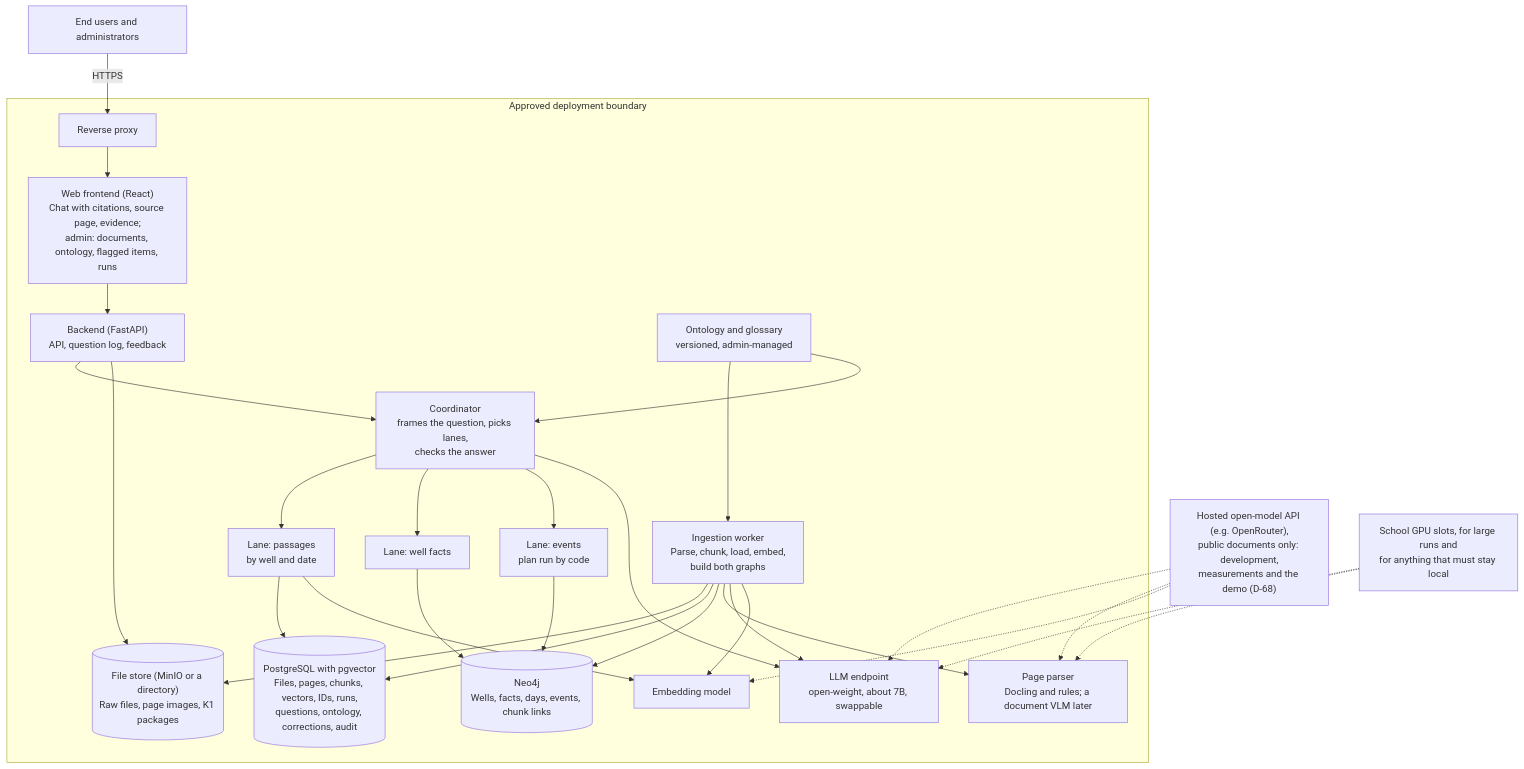
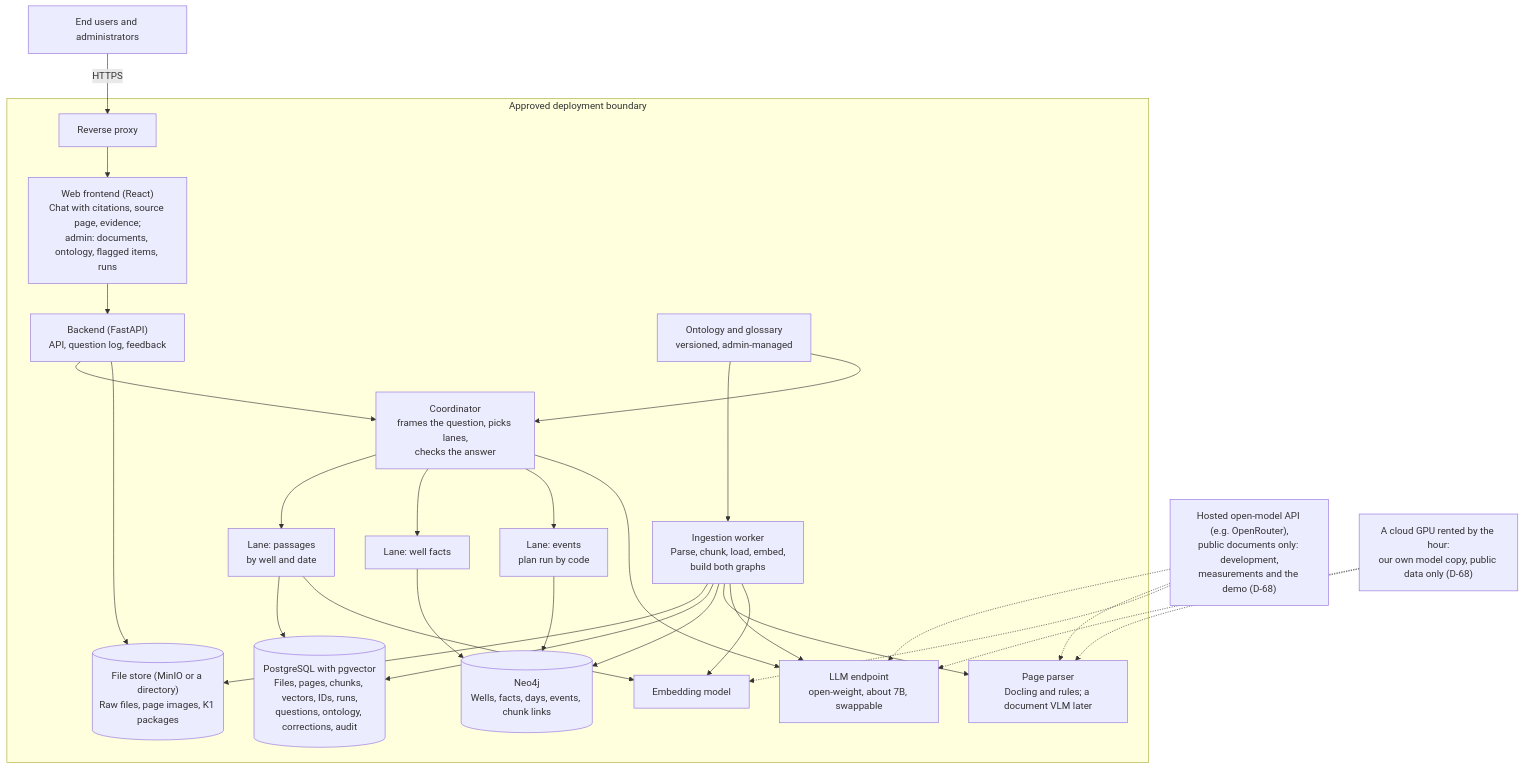
Before and after one commit to thaitri2005/Secure-O-G-LLM-and-Knowledge-Graph: the third of 10 diagrams in docs/PROJECT_DESIGN.md, drawn with Mermaid. The commit also changed other lines of this file and 12 other files, not shown here.

Commit message:
Compute is rented from cloud providers, not school hardware: budget request of about US$1,000 for six months, with the email (D-68 rewritten, B-D44)

````diff
--- a/docs/PROJECT_DESIGN.md
+++ b/docs/PROJECT_DESIGN.md
@@ -365,25 +365,25 @@
 ```mermaid
 flowchart TB
     U["End users and administrators"] -->|HTTPS| G["Reverse proxy"]
     subgraph Z["Approved deployment boundary"]
         G --> UI["Web frontend (React)<br/>Chat with citations, source page, evidence;<br/>admin: documents, ontology, flagged items, runs"]
         UI --> API["Backend (FastAPI)<br/>API, question log, feedback"]
         API --> CO["Coordinator<br/>frames the question, picks lanes,<br/>checks the answer"]
         CO --> L1["Lane: passages<br/>by well and date"]
         CO --> L2["Lane: well facts"]
         CO --> L3["Lane: events<br/>plan run by code"]
         L1 --> PG[("PostgreSQL with pgvector<br/>Files, pages, chunks, vectors, IDs, runs,<br/>questions, ontology, corrections, audit")]
         L2 --> NG[("Neo4j<br/>Wells, facts, days, events, chunk links")]
         L3 --> NG
         API --> OBJ[("File store (MinIO or a directory)<br/>Raw files, page images, K1 packages")]
         W["Ingestion worker<br/>Parse, chunk, load, embed,<br/>build both graphs"] --> OBJ & PG & NG
         W --> VLM["Page parser<br/>Docling and rules; a document VLM later"]
         W --> LM["LLM endpoint<br/>open-weight, about 7B, swappable"]
         W --> EMB["Embedding model"]
         CO --> LM
         L1 --> EMB
         ONT["Ontology and glossary<br/>versioned, admin-managed"] --> W & CO
     end
     DEV["Hosted open-model API (e.g. OpenRouter),<br/>public documents only: development,<br/>measurements and the demo (D-68)"] -.-> LM & VLM & EMB
-    GPU["School GPU slots, for large runs and<br/>for anything that must stay local"] -.-> LM & VLM
+    GPU["A cloud GPU rented by the hour:<br/>our own model copy, public data only (D-68)"] -.-> LM & VLM
 ```
````
